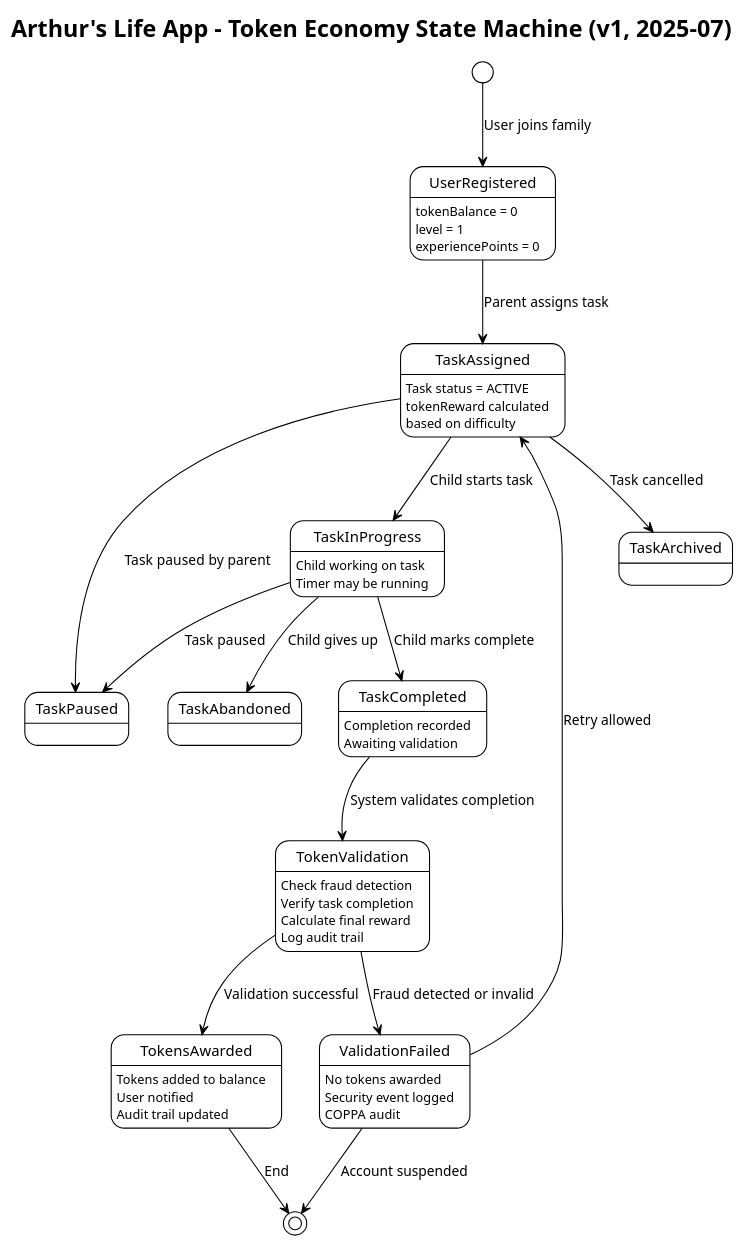
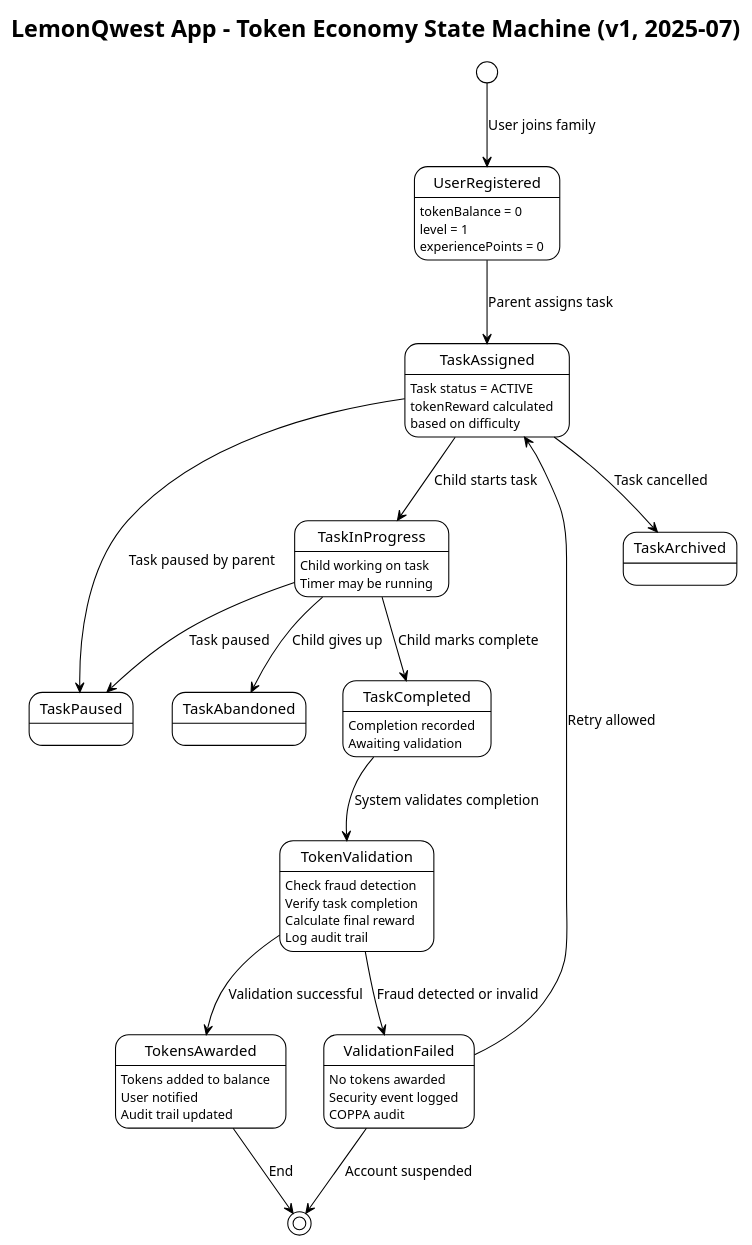
One commit to almeidaraphael/arthurs-life-app changed the diagram in docs/diagrams/token-economy-state-machine.puml. Above: the diagram before and after it, drawn with PlantUML. The commit also changed 778 other files, not shown here.

First line of the commit message:
refactor: rename Arthurs Life App to LemonQwest across codebase and documentation

```diff
--- a/docs/diagrams/token-economy-state-machine.puml
+++ b/docs/diagrams/token-economy-state-machine.puml
@@ -1,69 +1,69 @@
 @startuml token-economy-state-machine
 !theme plain
 
-title Arthur's Life App - Token Economy State Machine (v1, 2025-07)
+title LemonQwest App - Token Economy State Machine (v1, 2025-07)
 
 [*] --> UserRegistered : User joins family
 
 state UserRegistered {
   UserRegistered : tokenBalance = 0
   UserRegistered : level = 1
   UserRegistered : experiencePoints = 0
 }
 
 UserRegistered --> TaskAssigned : Parent assigns task
 
 state TaskAssigned {
   TaskAssigned : Task status = ACTIVE
   TaskAssigned : tokenReward calculated
   TaskAssigned : based on difficulty
 }
 
 TaskAssigned --> TaskInProgress : Child starts task
 TaskAssigned --> TaskPaused : Task paused by parent
 TaskAssigned --> TaskArchived : Task cancelled
 
 state TaskInProgress {
   TaskInProgress : Child working on task
   TaskInProgress : Timer may be running
 }
 
 TaskInProgress --> TaskCompleted : Child marks complete
 TaskInProgress --> TaskPaused : Task paused
 TaskInProgress --> TaskAbandoned : Child gives up
 
 state TaskCompleted {
   TaskCompleted : Completion recorded
   TaskCompleted : Awaiting validation
 }
 
 TaskCompleted --> TokenValidation : System validates completion
 
 state TokenValidation {
   TokenValidation : Check fraud detection
   TokenValidation : Verify task completion
   TokenValidation : Calculate final reward
   TokenValidation : Log audit trail
 }
 
 TokenValidation --> TokensAwarded : Validation successful
 TokenValidation --> ValidationFailed : Fraud detected or invalid
 
 state ValidationFailed {
   ValidationFailed : No tokens awarded
   ValidationFailed : Security event logged
   ValidationFailed : COPPA audit
 }
 
 ValidationFailed --> TaskAssigned : Retry allowed
 ValidationFailed --> [*] : Account suspended
 
 state TokensAwarded {
   TokensAwarded : Tokens added to balance
   TokensAwarded : User notified
   TokensAwarded : Audit trail updated
 }
 
 TokensAwarded --> [*] : End
 
 @enduml
```
